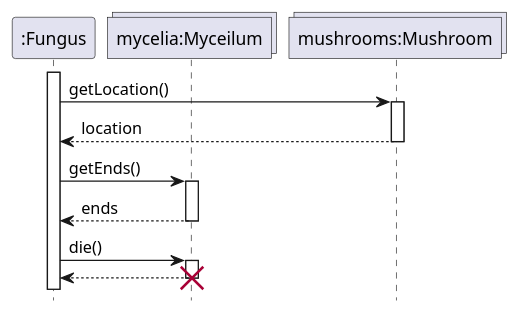
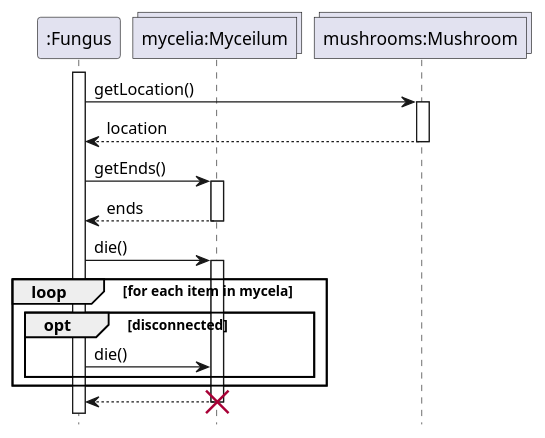
The diagram in Fungus/check-connectivity.pu (ZD4ve/projlab-error521), drawn with PlantUML before and after one commit. The commit also changed 4 other files, not shown here.

```diff
--- a/Fungus/check-connectivity.pu
+++ b/Fungus/check-connectivity.pu
@@ -1,32 +1,50 @@
 @startuml Fungus/check-connectivity
 hide footbox
 
 participant ":Fungus" as fungus
 collections "mycelia:Myceilum" as mycelium
 collections "mushrooms:Mushroom" as mushroom
 
 'Dávid:
 ' hmm, a Fungusnak nincs ilyen függvénye
 '!! vagy kerüljön be az osztálydiagramba vagy ne legyen itt
 ' VAGY mivel ez csak ref ként van, ezért nincs bejövő esemény csak beemeljük már élő lifelineba?
+
+/'Panni:
+szerintem jó így h ki van kommentezve a "-> fungus : checkConnectivity()", eredetileg az lett volna a terv, h a Fungusnak van egy ilyen függvénye, de végül nem lett megvalósítva
+én azt privát fgvként képzeltem, h azt magának küldi, de mivel azokat nem jelöljük, így jó
+ha kiszedjük teljesen
+'/
+
 '-> fungus : checkConnectivity()
 activate fungus
 
 fungus -> mushroom : getLocation()
 activate mushroom
 return location
 
 fungus -> mycelium : getEnds()
 activate mycelium
 return ends
 
 ' ezt opt-ba? mert nem mindegyikre hívja meg
 ' opt feltétele vagy semmi, vagy valami szöveg pl. "disconnected from Mushrooms"
+'Panni: hmm hát lehet igazad van, de ha nagyon technikaik akarunk  lenni akkor egy ilyen
+'   loopos megoldás nem jobb? mert ha az optban van, akkor az összes myceliumra meghícom/nem hívom, 
+'   de ha a loopban van, akkor csak azokra, amikre szükség van
 fungus -> mycelium : die()
+
 activate mycelium
+
+loop for each item in mycela
+    opt disconnected
+        fungus -> mycelium : die()
+    end
+end
+
 return
 destroy mycelium
 
 'return
 
 @enduml
```
